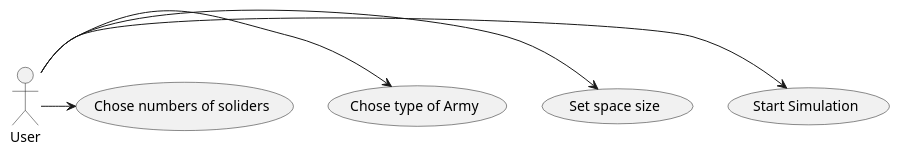
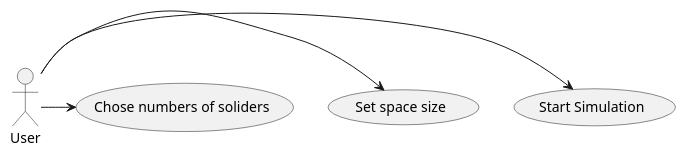
Before and after one commit to KlaudiuszKudla/Symulacja: the diagram in src/main/java/project/UC.puml, drawn with PlantUML. The commit also changed 9 other files, not shown here.

```diff
--- a/src/main/java/project/UC.puml
+++ b/src/main/java/project/UC.puml
@@ -1,12 +1,11 @@
 @startuml
 'https://plantuml.com/use-case-diagram
 
 
 
 User -> (Start Simulation)
 User -> (Set space size)
-User -> (Chose type of Army)
 User -> (Chose numbers of soliders)
 
 
 @enduml
```
